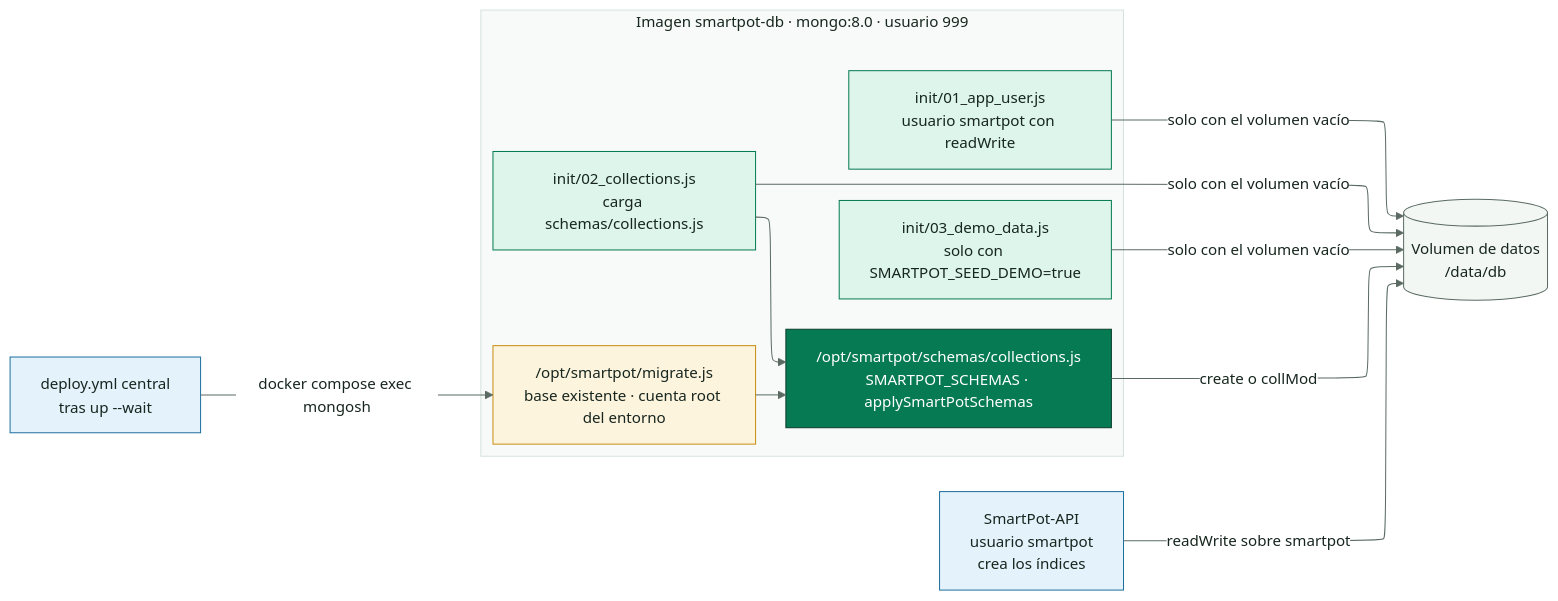
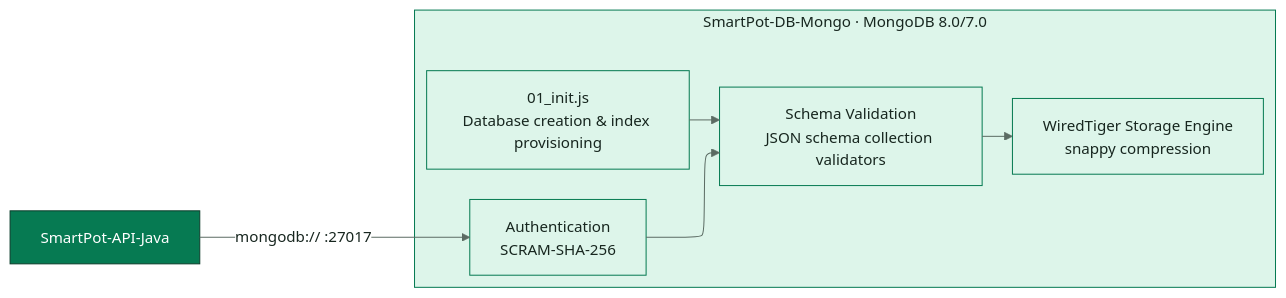
Before and after one commit to SmartPotTech/SmartPot-DB-Mongo: the first of 3 diagrams in docs/SmartPot_DB_Documentation.md, drawn with Mermaid. The commit also changed other lines of this file and 12 other files, not shown here.

Commit message:
docs(specs): standardize legacy english documentation, notices, diagrams, and manuals

````diff
--- a/docs/SmartPot_DB_Documentation.md
+++ b/docs/SmartPot_DB_Documentation.md
@@ -44,33 +44,19 @@
 ```mermaid
 %%{init: {"theme": "base", "fontFamily": "Segoe UI, Arial, sans-serif", "themeVariables": {"fontFamily": "Segoe UI, Arial, sans-serif", "fontSize": "15px", "primaryColor": "#DDF5EA", "primaryTextColor": "#17261F", "primaryBorderColor": "#067A52", "secondaryColor": "#E3F2FB", "secondaryTextColor": "#17261F", "secondaryBorderColor": "#1F6FA0", "tertiaryColor": "#F2F7F4", "tertiaryTextColor": "#17261F", "tertiaryBorderColor": "#D5E3DC", "lineColor": "#5B6B63", "textColor": "#17261F", "mainBkg": "#DDF5EA", "nodeBorder": "#067A52", "clusterBkg": "#F7FAF8", "clusterBorder": "#D5E3DC", "edgeLabelBackground": "#FFFFFF", "actorBkg": "#067A52", "actorBorder": "#0B3D2B", "actorTextColor": "#FFFFFF", "actorLineColor": "#5B6B63", "signalColor": "#17261F", "signalTextColor": "#17261F", "labelBoxBkgColor": "#0B3D2B", "labelBoxBorderColor": "#0B3D2B", "labelTextColor": "#FFFFFF", "loopTextColor": "#0B3D2B", "noteBkgColor": "#FDF4DD", "noteBorderColor": "#C98D12", "noteTextColor": "#17261F", "activationBkgColor": "#DDF5EA", "activationBorderColor": "#067A52", "attributeBackgroundColorOdd": "#FFFFFF", "attributeBackgroundColorEven": "#F2F7F4"}, "layout": "elk", "elk": {"nodePlacementStrategy": "BRANDES_KOEPF", "mergeEdges": false, "cycleBreakingStrategy": "GREEDY"}}}%%
 flowchart LR
-  subgraph imagen["Imagen smartpot-db · mongo:8.0 · usuario 999"]
+  api["SmartPot-API-Java"]
+  subgraph mongo["SmartPot-DB-Mongo · MongoDB 8.0/7.0"]
     direction TB
-    init1["init/01_app_user.js<br/>usuario smartpot con readWrite"]
-    init2["init/02_collections.js<br/>carga schemas/collections.js"]
-    init3["init/03_demo_data.js<br/>solo con SMARTPOT_SEED_DEMO=true"]
-    schemas["/opt/smartpot/schemas/collections.js<br/>SMARTPOT_SCHEMAS · applySmartPotSchemas"]
-    migrate["/opt/smartpot/migrate.js<br/>base existente · cuenta root del entorno"]
+    auth["Authentication<br/>SCRAM-SHA-256"]
+    wired["WiredTiger Storage Engine<br/>snappy compression"]
+    schema["Schema Validation<br/>JSON schema collection validators"]
+    init["01_init.js<br/>Database creation & index provisioning"]
   end
-  volume[("Volumen de datos<br/>/data/db")]
-  api["SmartPot-API<br/>usuario smartpot<br/>crea los índices"]
-  deploy["deploy.yml central<br/>tras up --wait"]
-  init1 & init2 & init3 -->|"solo con el volumen vacío"| volume
-  init2 --> schemas
-  migrate --> schemas
-  schemas -->|"create o collMod"| volume
-  deploy -->|"docker compose exec mongosh"| migrate
-  api -->|"readWrite sobre smartpot"| volume
+  api -->|"mongodb:// :27017"| auth
+  auth --> schema --> wired
+  init --> schema
+  classDef core fill:#067A52,stroke:#0B3D2B,color:#FFFFFF
   classDef leaf fill:#DDF5EA,stroke:#067A52,color:#17261F
-  classDef water fill:#E3F2FB,stroke:#1F6FA0,color:#17261F
-  classDef sun fill:#FDF4DD,stroke:#C98D12,color:#17261F
-  classDef clay fill:#FBE9E1,stroke:#B85A38,color:#17261F
-  classDef core fill:#067A52,stroke:#0B3D2B,color:#FFFFFF
-  classDef deep fill:#0B3D2B,stroke:#06281C,color:#FFFFFF
-  classDef muted fill:#F2F7F4,stroke:#5B6B63,color:#17261F
-  class init1,init2,init3 leaf
-  class schemas core
-  class migrate sun
-  class volume muted
-  class api,deploy water
+  class api core
+  class mongo,auth,wired,schema,init leaf
 ```
````
